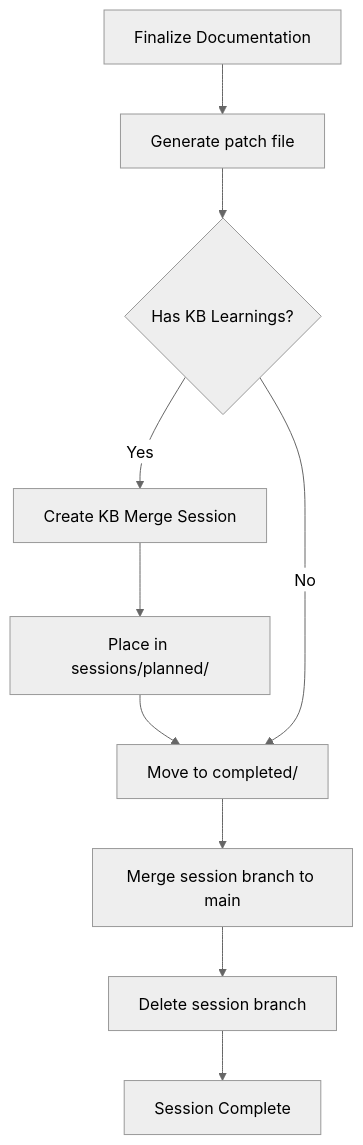
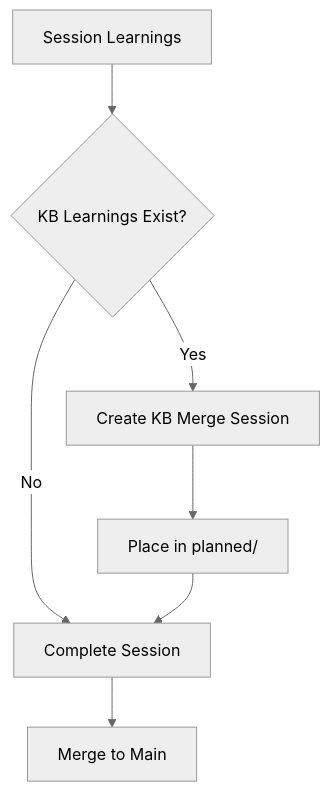
Before and after one commit to cristoslc/LLM-coding-agent-patterns: the third of 3 diagrams in _AGENTS/sessions/SESSIONS-REFERENCE.md, drawn with Mermaid (neutral theme). The commit also changed other lines of this file and 4 other files, not shown here.

````diff
--- a/_AGENTS/sessions/SESSIONS-REFERENCE.md
+++ b/_AGENTS/sessions/SESSIONS-REFERENCE.md
@@ -335,15 +395,9 @@
 ```mermaid
 flowchart TD
-    Finalize["Finalize Documentation"] --> GeneratePatch["Generate patch file"]
-    GeneratePatch --> CheckKBLearnings{"Has KB Learnings?"}
-    
-    CheckKBLearnings -->|"Yes"| CreateKBSession["Create KB Merge Session"]
-    CreateKBSession --> PlaceInPlanned["Place in sessions/planned/"]
-    PlaceInPlanned --> MoveCompleted["Move to completed/"]
-    
-    CheckKBLearnings -->|"No"| MoveCompleted
-    
-    MoveCompleted --> MergeSessionBranch["Merge session branch to main"]
-    MergeSessionBranch --> DeleteSessionBranch["Delete session branch"]
-    DeleteSessionBranch --> End["Session Complete"]
+    Learnings["Session Learnings"] --> Check{"KB Learnings Exist?"}
+    Check -->|"Yes"| CreateKB["Create KB Merge Session"]
+    Check -->|"No"| Complete["Complete Session"]
+    CreateKB --> PlacePlanned["Place in planned/"]
+    PlacePlanned --> Complete
+    Complete --> Merge["Merge to Main"]
 ```
````
